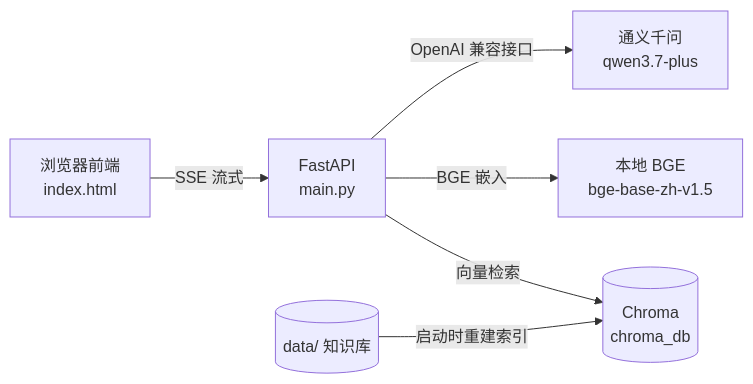
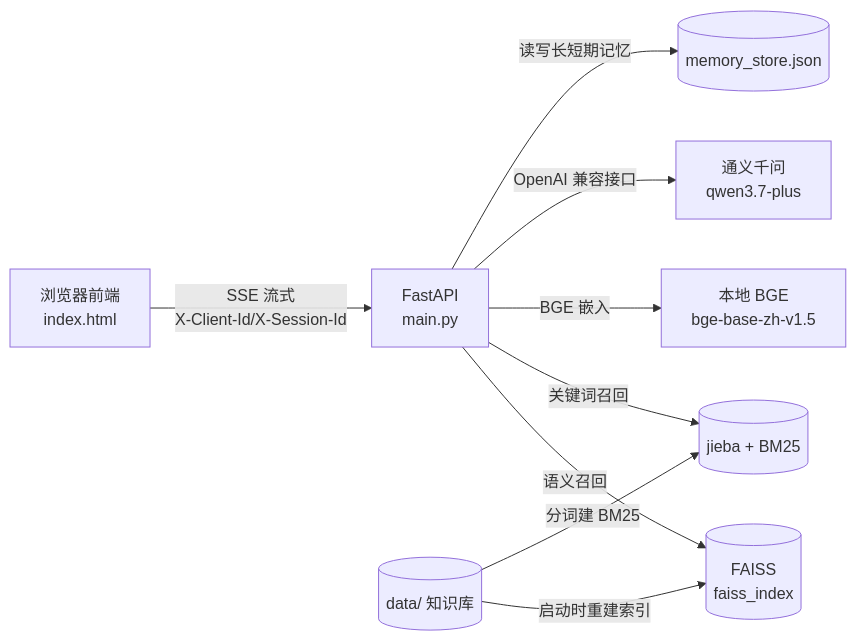
Before and after one commit to HUA-cmd-teach/demo6-rag: the diagram in README.md, drawn with Mermaid. The commit also changed other lines of this file and 8 other files, not shown here.

First line of the commit message:
feat: FAISS+jieba/BM25 混合检索、长短期记忆、前端加固

````diff
--- a/README.md
+++ b/README.md
@@ -75,8 +86,11 @@
 ```mermaid
 graph LR
-    U[浏览器前端<br/>index.html] -->|SSE 流式| A[FastAPI<br/>main.py]
-    A -->|向量检索| C[(Chroma<br/>chroma_db)]
+    U[浏览器前端<br/>index.html] -->|SSE 流式<br/>X-Client-Id/X-Session-Id| A[FastAPI<br/>main.py]
+    A -->|语义召回| F[(FAISS<br/>faiss_index)]
+    A -->|关键词召回| B2[(jieba + BM25)]
     A -->|BGE 嵌入| B[本地 BGE<br/>bge-base-zh-v1.5]
     A -->|OpenAI 兼容接口| Q[通义千问<br/>qwen3.7-plus]
-    D[(data/ 知识库)] -->|启动时重建索引| C
+    A -->|读写长短期记忆| M[(memory_store.json)]
+    D[(data/ 知识库)] -->|启动时重建索引| F
+    D -->|分词建 BM25| B2
 ```
````
